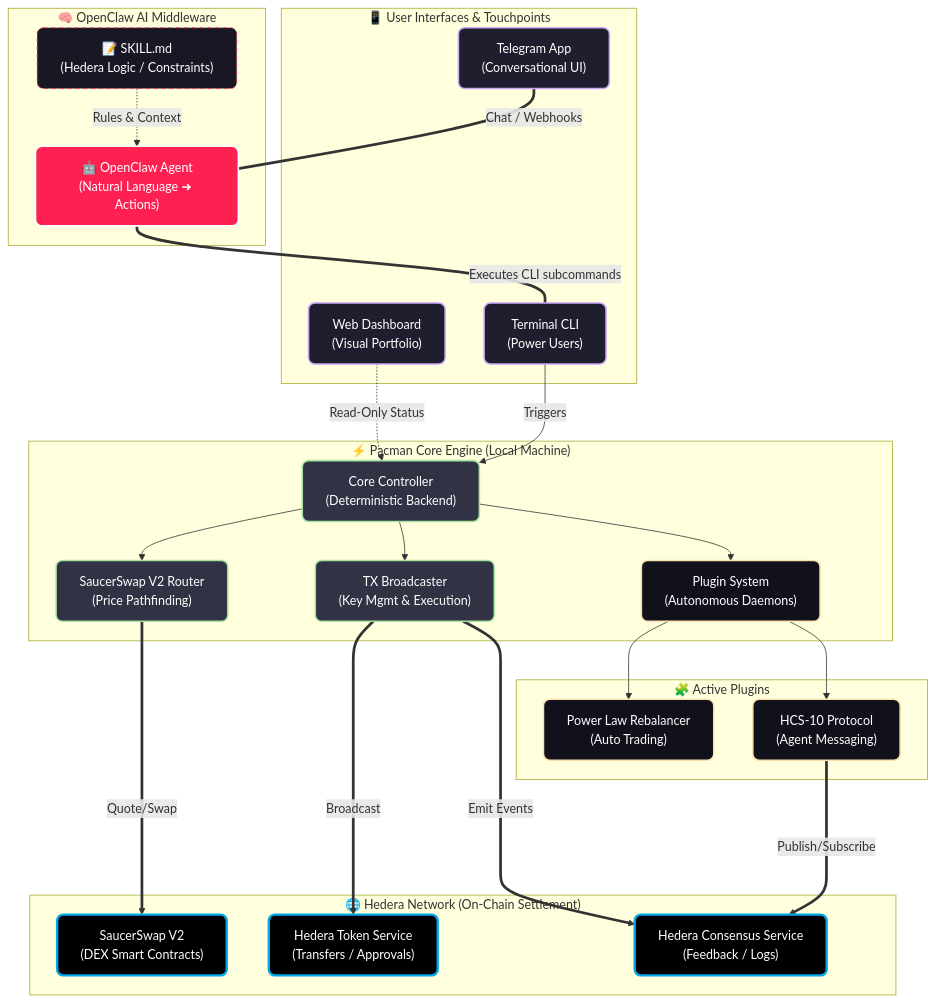
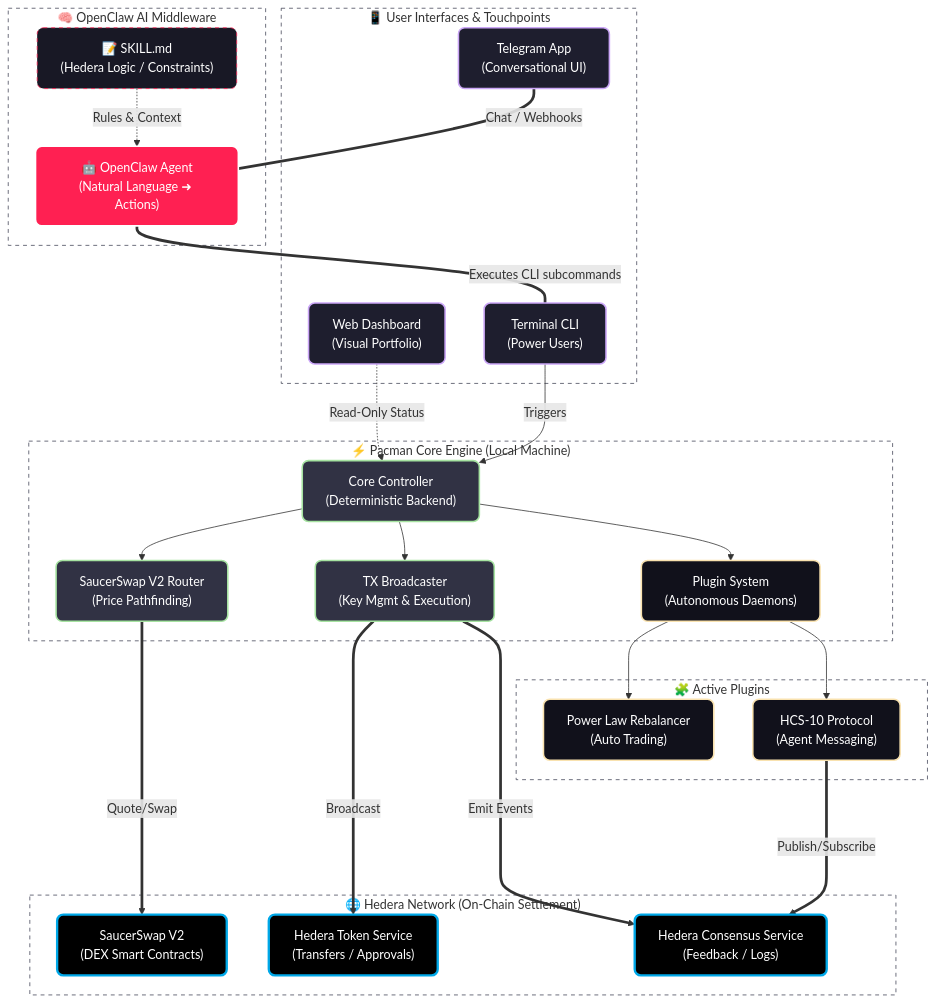
The diagram in README.md (Chris0x88/spacelord), drawn with Mermaid before and after one commit.

Commit message:
Fix GitHub Mermaid subgraph grey backgrounds

````diff
--- a/README.md
+++ b/README.md
@@ -56,61 +56,68 @@
 ```mermaid
 graph TD
     %% Styling %%
     classDef interface fill:#1e1e2e,stroke:#cba6f7,stroke-width:2px,color:#fff,rx:8,ry:8
     classDef ai fill:#ff2052,stroke:#fff,stroke-width:2px,color:#fff,rx:8,ry:8
     classDef brain fill:#181825,stroke:#ff2052,stroke-dasharray: 5 5,color:#fff,rx:8,ry:8
     classDef engine fill:#313244,stroke:#a6e3a1,stroke-width:2px,color:#fff,rx:8,ry:8
     classDef hedera fill:#000000,stroke:#00a8e8,stroke-width:3px,color:#fff,rx:8,ry:8
     classDef ext fill:#11111b,stroke:#f9e2af,stroke-width:2px,color:#fff,rx:8,ry:8
     
     %% Users & Interfaces %%
     subgraph UI ["📱 User Interfaces & Touchpoints"]
         Telegram["Telegram App<br/>(Conversational UI)"]:::interface
         Dashboard["Web Dashboard<br/>(Visual Portfolio)"]:::interface
         HumanCLI["Terminal CLI<br/>(Power Users)"]:::interface
     end
 
     %% OpenClaw AI %%
     subgraph Intelligence ["🧠 OpenClaw AI Middleware"]
         Agent["🤖 OpenClaw Agent<br/>(Natural Language ➜ Actions)"]:::ai
         Context["📝 SKILL.md<br/>(Hedera Logic / Constraints)"]:::brain
         Context -.->|Rules & Context| Agent
         Telegram ===|Chat / Webhooks| Agent
     end
 
     %% Core Application %%
     subgraph Pacman ["⚡ Pacman Core Engine (Local Machine)"]
         Controller["Core Controller<br/>(Deterministic Backend)"]:::engine
         Router["SaucerSwap V2 Router<br/>(Price Pathfinding)"]:::engine
         Exec["TX Broadcaster<br/>(Key Mgmt & Execution)"]:::engine
         Plugins["Plugin System<br/>(Autonomous Daemons)"]:::ext
         
         Agent ===|Executes CLI subcommands| HumanCLI
         HumanCLI -->|Triggers| Controller
         Dashboard -.->|Read-Only Status| Controller
         
         Controller --> Router
         Controller --> Exec
         Controller --> Plugins
     end
 
     %% Plugins %%
     subgraph Addons ["🧩 Active Plugins"]
         PL["Power Law Rebalancer<br/>(Auto Trading)"]:::ext
         HCS10["HCS-10 Protocol<br/>(Agent Messaging)"]:::ext
         Plugins --> PL
         Plugins --> HCS10
     end
 
     %% Hedera %%
     subgraph Blockchain ["🌐 Hedera Network (On-Chain Settlement)"]
         SSV2["SaucerSwap V2<br/>(DEX Smart Contracts)"]:::hedera
         HCS["Hedera Consensus Service<br/>(Feedback / Logs)"]:::hedera
         HTS["Hedera Token Service<br/>(Transfers / Approvals)"]:::hedera
         
         Router ===>|Quote/Swap| SSV2
         Exec ===>|Broadcast| HTS
         Exec ===>|Emit Events| HCS
         HCS10 ===>|Publish/Subscribe| HCS
     end
+
+    %% Subgraph Styling (Removes GitHub's default grey boxes) %%
+    style UI fill:none,stroke:#45475a,stroke-width:1px,stroke-dasharray: 5 5
+    style Intelligence fill:none,stroke:#45475a,stroke-width:1px,stroke-dasharray: 5 5
+    style Pacman fill:none,stroke:#45475a,stroke-width:1px,stroke-dasharray: 5 5
+    style Addons fill:none,stroke:#45475a,stroke-width:1px,stroke-dasharray: 5 5
+    style Blockchain fill:none,stroke:#45475a,stroke-width:1px,stroke-dasharray: 5 5
 ```
````
